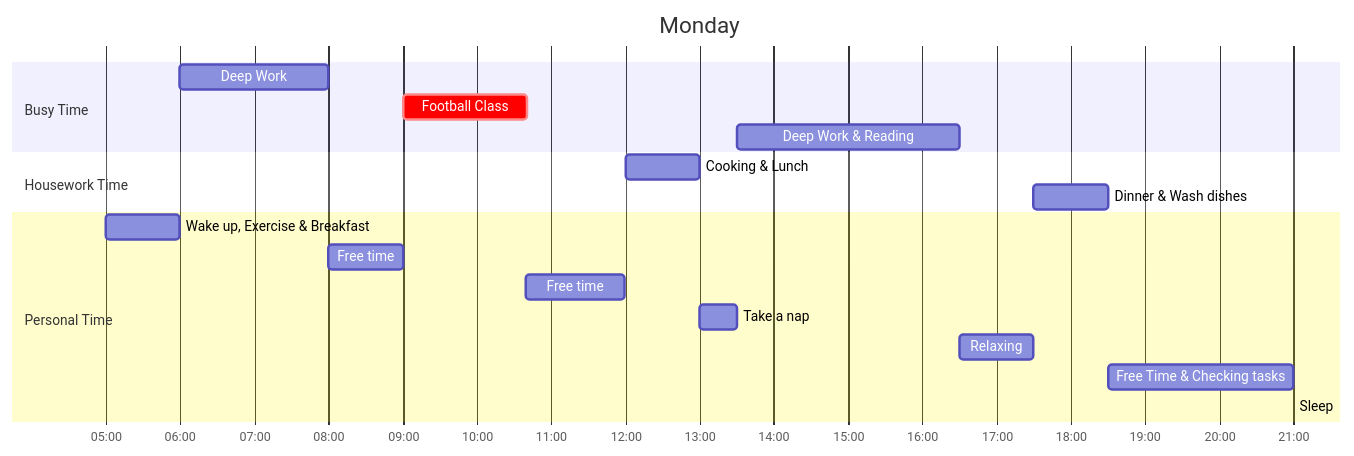
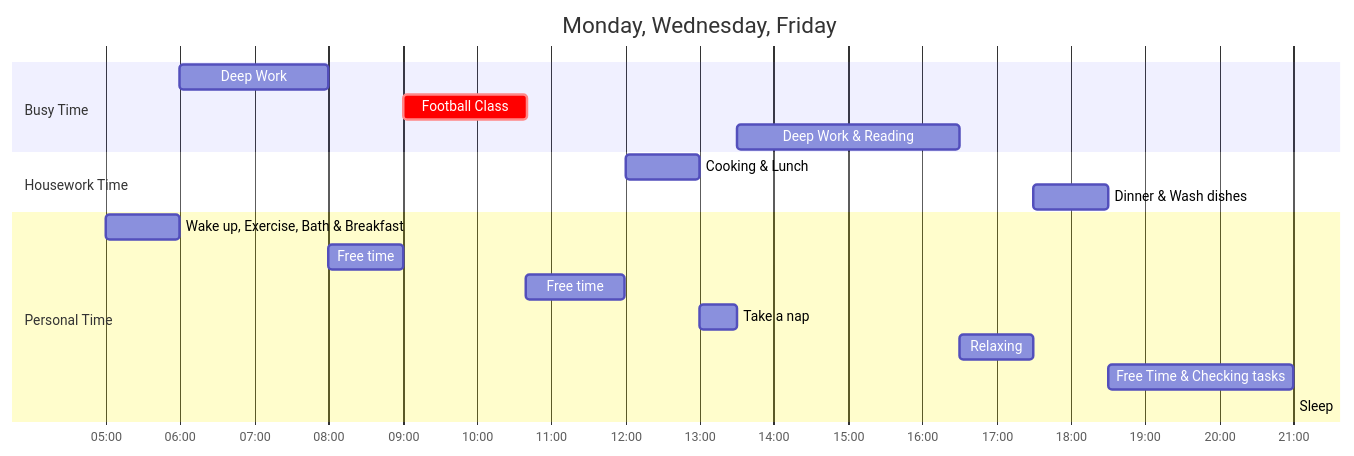
The first of 2 diagrams in balance/README.md (S-ROLL/notebook.maths), drawn with Mermaid before and after one commit. The commit also changed other lines of this file, not shown here.

````diff
--- a/balance/README.md
+++ b/balance/README.md
@@ -2,24 +2,24 @@
 ```mermaid
 gantt
-    title Monday
+    title Monday, Wednesday, Friday
     dateFormat  HH:mm
     axisFormat  %H:%M
     
     section Busy Time
     Deep Work             :06:00, 2h
     Football Class        : crit, 09:00, 1.67h
     Deep Work & Reading :13:30, 3h
 
     section Housework Time
     Cooking & Lunch      :12:00, 1h
     Dinner & Wash dishes :17:30, 1h
 
     section Personal Time
-    Wake up, Exercise & Breakfast :05:00, 1h
+    Wake up, Exercise, Bath & Breakfast :05:00, 1h
     Free time                     :08:00, 1h
     Free time                     :10:40, 1.33h
     Take a nap                    :13:00, 0.5h
     Relaxing                      :16:30, 1h
     Free Time  & Checking tasks                    :18:30, 2.5h
     Sleep                         :21:00
 ```
````
